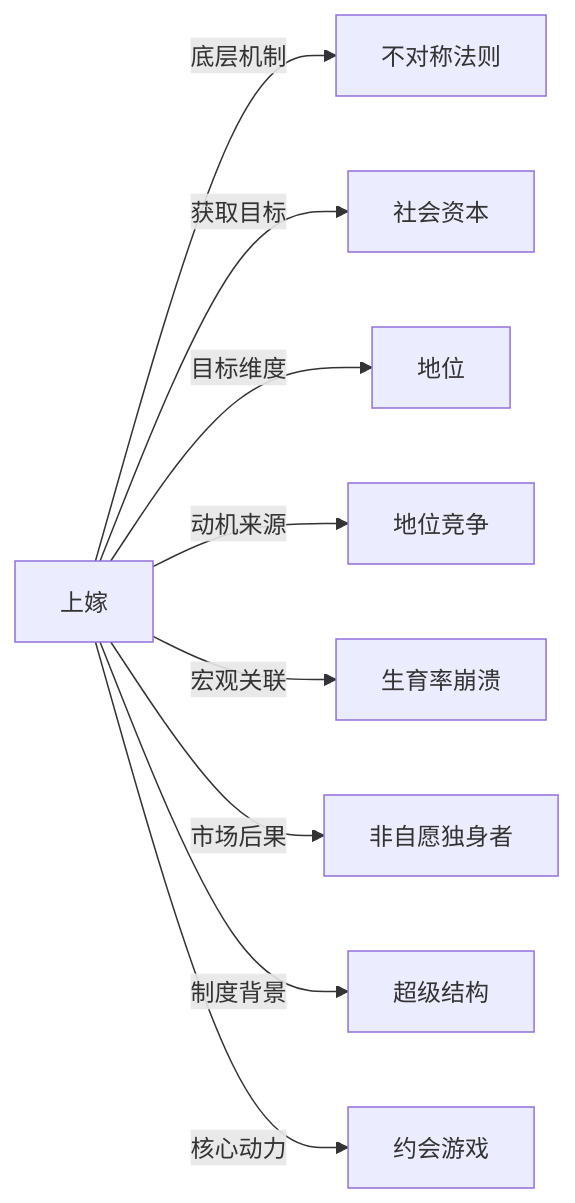
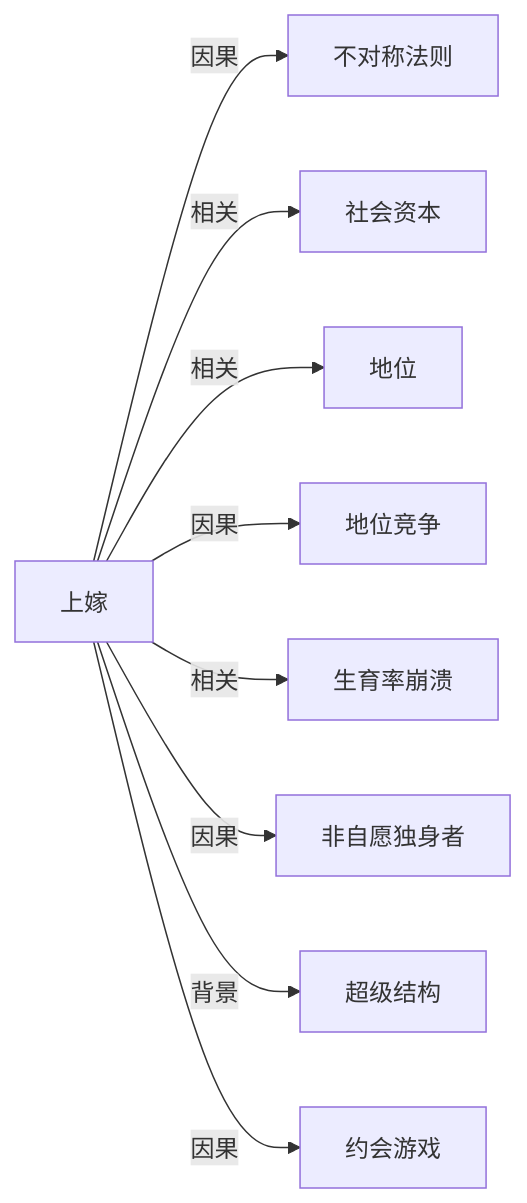
The diagram in Knowledge/Concepts/社会学/上嫁.md (KIMMCHOW/MyKnowledge), drawn with Mermaid before and after one commit. The commit also changed 95 other files, not shown here.

Commit message:
reorganize: 统一关系图边标签为11类

````diff
--- a/Knowledge/Concepts/社会学/上嫁.md
+++ b/Knowledge/Concepts/社会学/上嫁.md
@@ -49,11 +49,11 @@
 ```mermaid
 graph LR
-上嫁 -->|底层机制| 不对称法则
-上嫁 -->|获取目标| 社会资本
-上嫁 -->|目标维度| 地位
-上嫁 -->|动机来源| 地位竞争
-上嫁 -->|宏观关联| 生育率崩溃
-上嫁 -->|市场后果| 非自愿独身者
-上嫁 -->|制度背景| 超级结构
-上嫁 -->|核心动力| 约会游戏
+上嫁 -->|因果| 不对称法则
+上嫁 -->|相关| 社会资本
+上嫁 -->|相关| 地位
+上嫁 -->|因果| 地位竞争
+上嫁 -->|相关| 生育率崩溃
+上嫁 -->|因果| 非自愿独身者
+上嫁 -->|背景| 超级结构
+上嫁 -->|因果| 约会游戏
 ```
````
